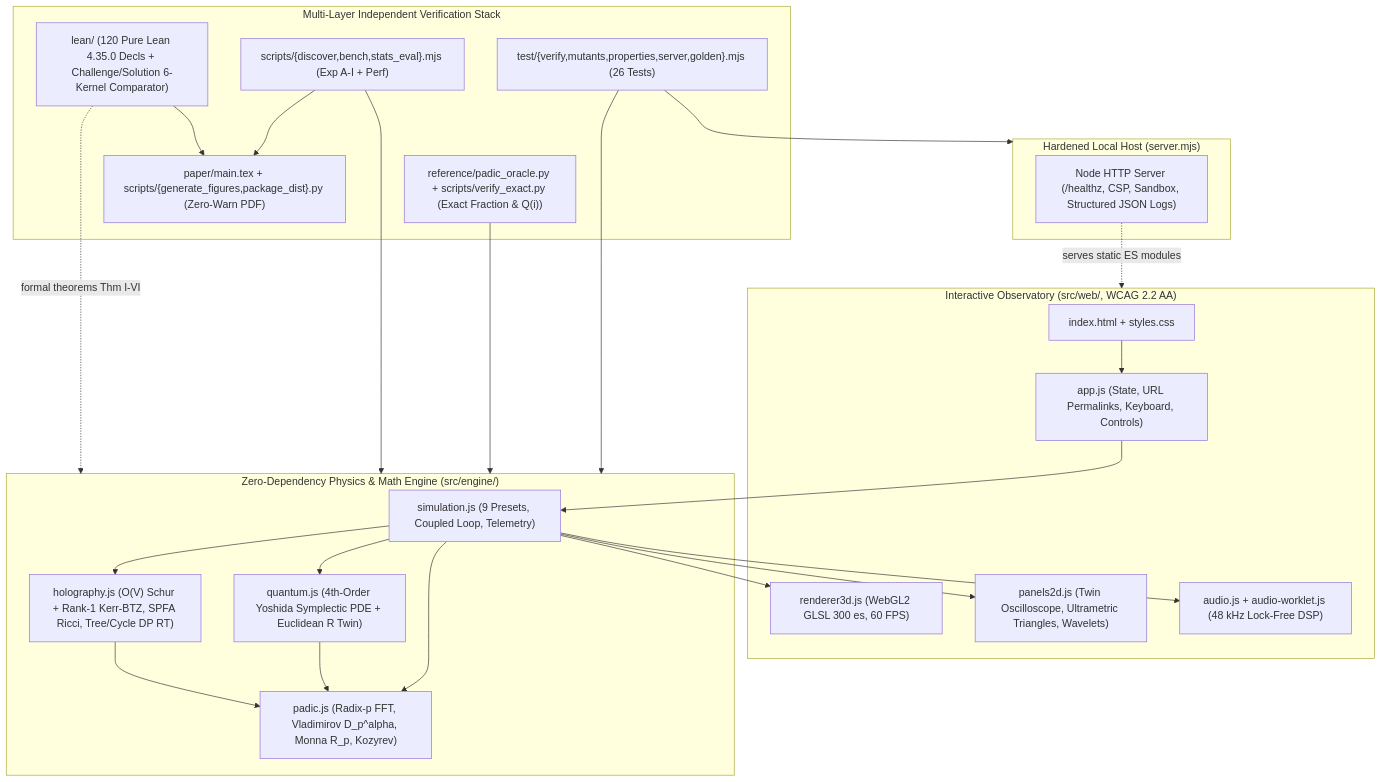
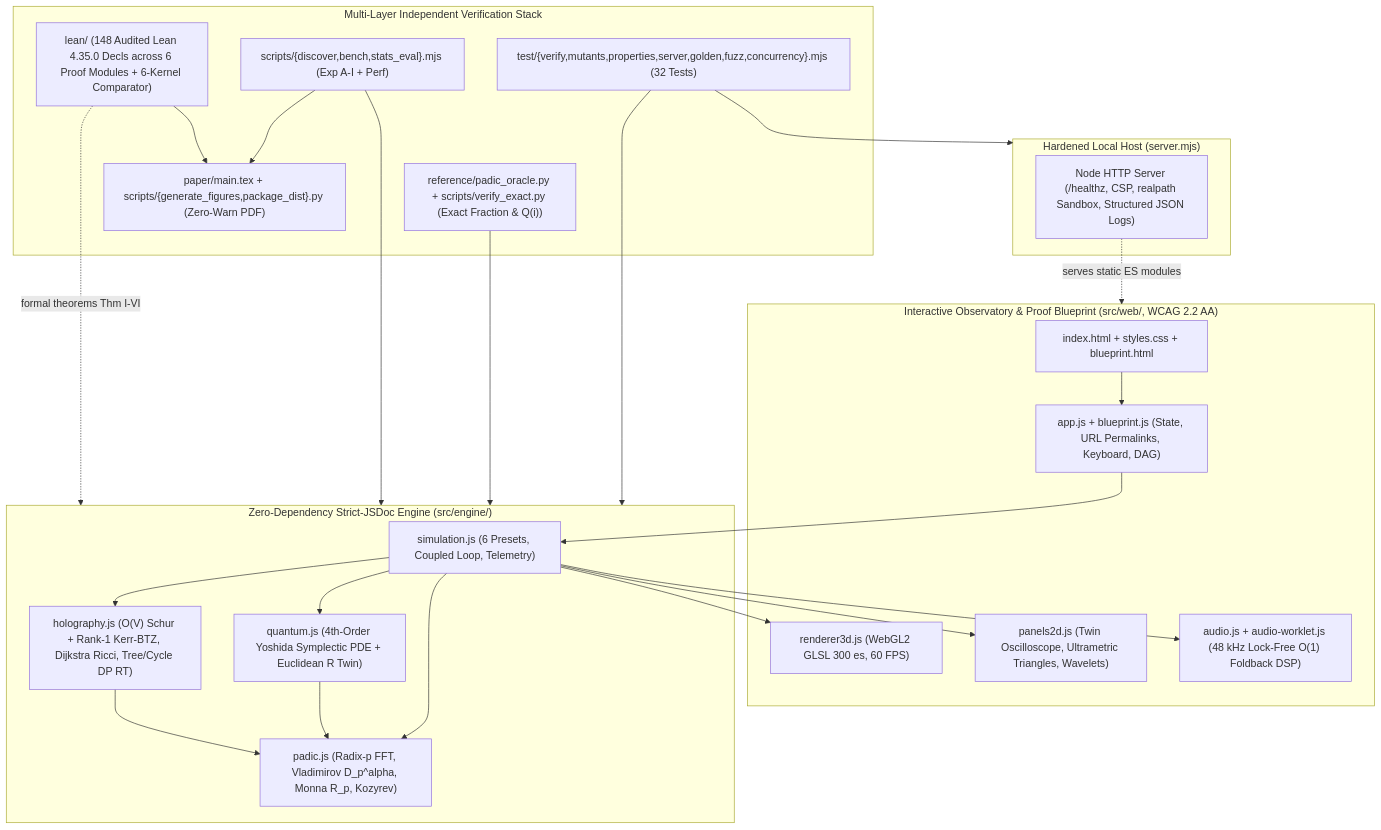
One commit to 0thernes/ultrametrica changed the diagram in docs/architecture.md. Above: the diagram before and after it, drawn with Mermaid. The commit also changed other lines of this file and 92 other files, not shown here.

Commit message:
release(v1.6.0): 3-cycle anti-bench-maxxing hardening, statement-audit paper/Lean alignment, true source mutants, B15 fuzz/B19 concurrency, split Lean modules, upgraded Exp I & DEVIATIONS.md

````diff
--- a/docs/architecture.md
+++ b/docs/architecture.md
@@ -7,48 +7,48 @@
 ```mermaid
 flowchart TD
-    subgraph UI["Interactive Observatory (src/web/, WCAG 2.2 AA)"]
-        HTML["index.html + styles.css"]
-        APP["app.js (State, URL Permalinks, Keyboard, Controls)"]
+    subgraph UI["Interactive Observatory & Proof Blueprint (src/web/, WCAG 2.2 AA)"]
+        HTML["index.html + styles.css + blueprint.html"]
+        APP["app.js + blueprint.js (State, URL Permalinks, Keyboard, DAG)"]
         GL["renderer3d.js (WebGL2 GLSL 300 es, 60 FPS)"]
         P2D["panels2d.js (Twin Oscilloscope, Ultrametric Triangles, Wavelets)"]
-        AUD["audio.js + audio-worklet.js (48 kHz Lock-Free DSP)"]
+        AUD["audio.js + audio-worklet.js (48 kHz Lock-Free O(1) Foldback DSP)"]
     end
 
-    subgraph ENGINE["Zero-Dependency Physics & Math Engine (src/engine/)"]
-        SIM["simulation.js (9 Presets, Coupled Loop, Telemetry)"]
+    subgraph ENGINE["Zero-Dependency Strict-JSDoc Engine (src/engine/)"]
+        SIM["simulation.js (6 Presets, Coupled Loop, Telemetry)"]
         PAD["padic.js (Radix-p FFT, Vladimirov D_p^alpha, Monna R_p, Kozyrev)"]
         QTM["quantum.js (4th-Order Yoshida Symplectic PDE + Euclidean R Twin)"]
-        HOL["holography.js (O(V) Schur + Rank-1 Kerr-BTZ, SPFA Ricci, Tree/Cycle DP RT)"]
+        HOL["holography.js (O(V) Schur + Rank-1 Kerr-BTZ, Dijkstra Ricci, Tree/Cycle DP RT)"]
     end
 
     subgraph SERVER["Hardened Local Host (server.mjs)"]
-        HTTP["Node HTTP Server (/healthz, CSP, Sandbox, Structured JSON Logs)"]
+        HTTP["Node HTTP Server (/healthz, CSP, realpath Sandbox, Structured JSON Logs)"]
     end
 
     subgraph VERIFY["Multi-Layer Independent Verification Stack"]
-        NODE["test/{verify,mutants,properties,server,golden}.mjs (26 Tests)"]
+        NODE["test/{verify,mutants,properties,server,golden,fuzz,concurrency}.mjs (32 Tests)"]
         PY["reference/padic_oracle.py + scripts/verify_exact.py (Exact Fraction & Q(i))"]
         STATS["scripts/{discover,bench,stats_eval}.mjs (Exp A-I + Perf)"]
-        LEAN["lean/ (120 Pure Lean 4.35.0 Decls + Challenge/Solution 6-Kernel Comparator)"]
+        LEAN["lean/ (148 Audited Lean 4.35.0 Decls across 6 Proof Modules + 6-Kernel Comparator)"]
         PAPER["paper/main.tex + scripts/{generate_figures,package_dist}.py (Zero-Warn PDF)"]
     end
 
     HTML --> APP
     APP --> SIM
     SIM --> PAD
     SIM --> QTM
     SIM --> HOL
     QTM --> PAD
     HOL --> PAD
     SIM --> GL
     SIM --> P2D
     SIM --> AUD
     HTTP -.->|serves static ES modules| UI
     NODE --> ENGINE
     NODE --> SERVER
     PY --> ENGINE
     STATS --> ENGINE
     LEAN -.->|formal theorems Thm I-VI| ENGINE
     STATS --> PAPER
     LEAN --> PAPER
 ```
````
